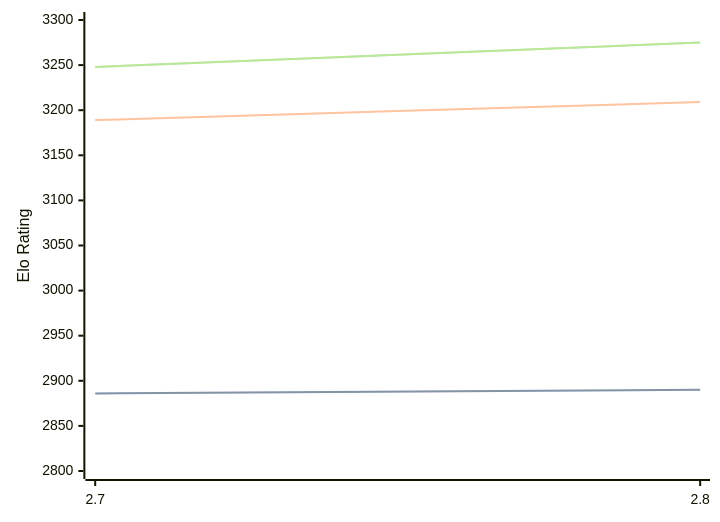
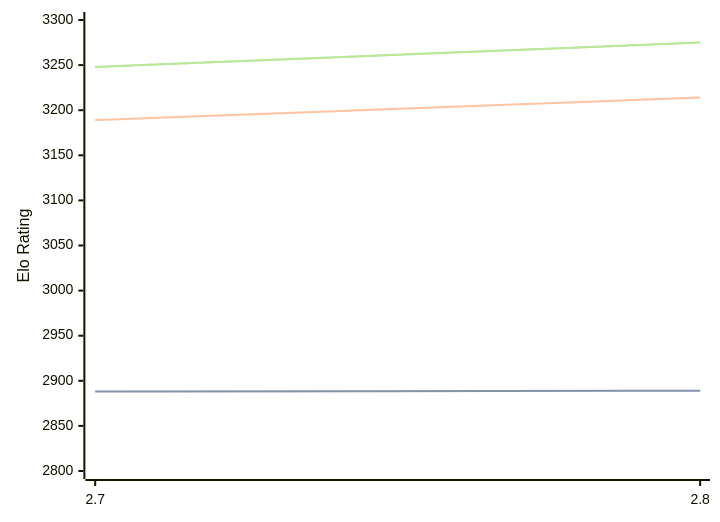
One commit to computer-chess-index/cci changed the diagram in engines/Arcanum.md. Above: the diagram before and after it, drawn with Mermaid. The commit also changed other lines of this file, not shown here.

````diff
--- a/engines/Arcanum.md
+++ b/engines/Arcanum.md
@@ -44,11 +44,11 @@
 ```mermaid
 %%{init: {"theme":"base","themeVariables":{"seriesColors:['#a3a3a3','#222221','#faa371']}}}%%
 xychart-beta
   x-axis ["2.7", "2.8"]
   y-axis "Elo Rating" 2800 --> 3300
-  line "STC (8.0+0.08s)" [2886, 2890]
-  line "STC (8.0+0.08s)" [2886, 2890]
-  line "LTC (60.0+0.60s)" [3189, 3209]
+  line "STC (8.0+0.08s)" [2888, 2889]
+  line "STC (8.0+0.08s)" [2888, 2889]
+  line "LTC (60.0+0.60s)" [3189, 3214]
   line "VLTC (2m24s+1.12s)" [3248, 3275]
   line "VLTC (2m24s+1.12s)" [3248, 3275]
 ```
````
